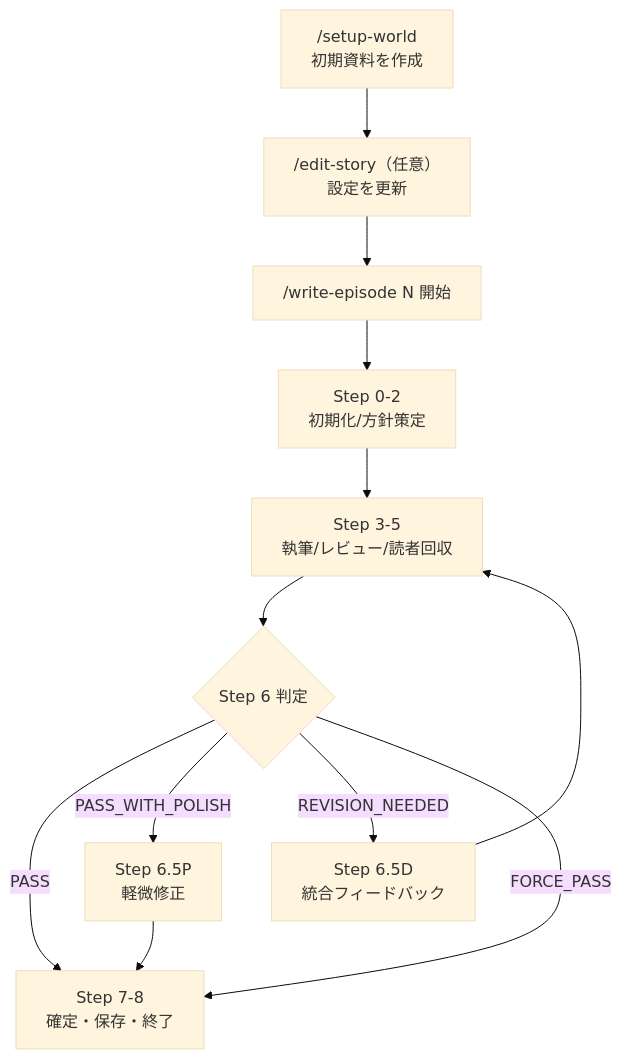
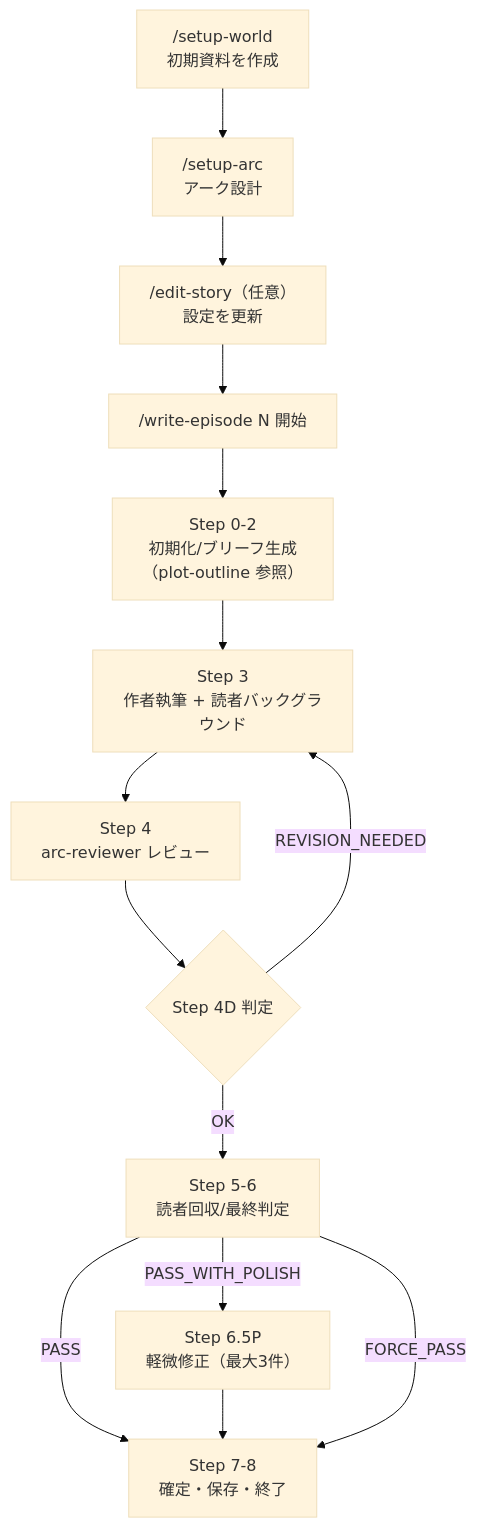
Before and after one commit to finelagusaz/Agentic_Writing: the diagram in SPEC.md, drawn with Mermaid (base theme). The commit also changed other lines of this file and 6 other files, not shown here.

````diff
--- a/SPEC.md
+++ b/SPEC.md
@@ -184,14 +185,16 @@
 ```mermaid
 flowchart TD
-    A["/setup-world<br/>初期資料を作成"] --> B["/edit-story（任意）<br/>設定を更新"]
+    A["/setup-world<br/>初期資料を作成"] --> AA["/setup-arc<br/>アーク設計"]
+    AA --> B["/edit-story（任意）<br/>設定を更新"]
     B --> C["/write-episode N 開始"]
-    C --> D["Step 0-2<br/>初期化/方針策定"]
-    D --> E["Step 3-5<br/>執筆/レビュー/読者回収"]
-    E --> F{"Step 6 判定"}
-    F -->|PASS| G["Step 7-8<br/>確定・保存・終了"]
-    F -->|PASS_WITH_POLISH| P["Step 6.5P<br/>軽微修正"]
-    P --> G
-    F -->|REVISION_NEEDED| R["Step 6.5D<br/>統合フィードバック"]
-    R --> E
-    F -->|FORCE_PASS| G
+    C --> D["Step 0-2<br/>初期化/ブリーフ生成<br/>（plot-outline 参照）"]
+    D --> E["Step 3<br/>作者執筆 + 読者バックグラウンド"]
+    E --> F["Step 4<br/>arc-reviewer レビュー"]
+    F --> G{"Step 4D 判定"}
+    G -->|OK| H["Step 5-6<br/>読者回収/最終判定"]
+    G -->|REVISION_NEEDED| E
+    H -->|PASS| I["Step 7-8<br/>確定・保存・終了"]
+    H -->|PASS_WITH_POLISH| P["Step 6.5P<br/>軽微修正（最大3件）"]
+    P --> I
+    H -->|FORCE_PASS| I
 ```
````
